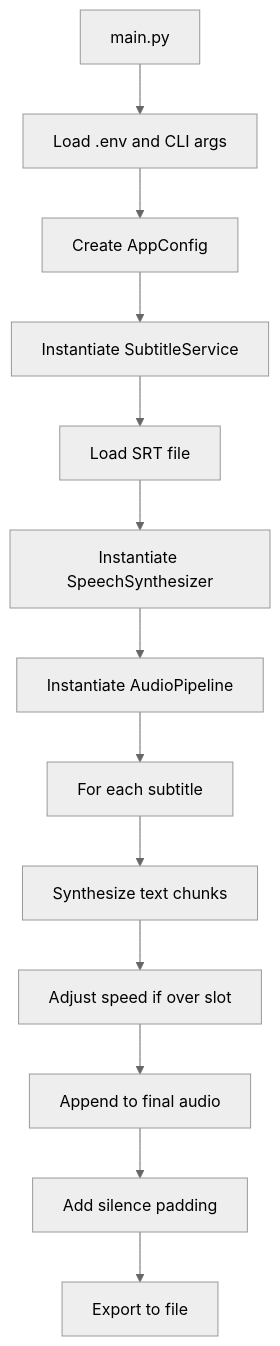
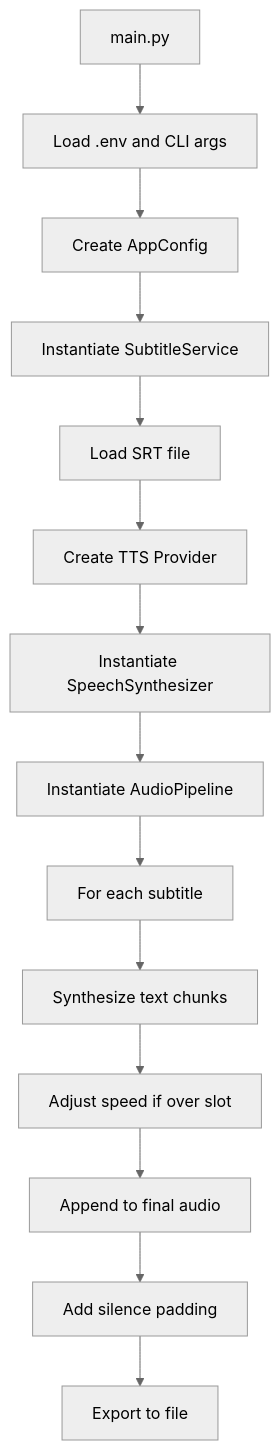
The diagram in Technical_README.md (blackandcode/convert-subtitles-to-audio), drawn with Mermaid (neutral theme) before and after one commit. The commit also changed other lines of this file and 18 other files, not shown here.

Commit message:
Releasing first initial version of Subtitle to Audio script

````diff
--- a/Technical_README.md
+++ b/Technical_README.md
@@ -47,15 +56,16 @@
 ```mermaid
 flowchart TD
     A[main.py] --> B[Load .env and CLI args]
     B --> C[Create AppConfig]
     C --> D[Instantiate SubtitleService]
     D --> E[Load SRT file]
-    E --> F[Instantiate SpeechSynthesizer]
-    F --> G[Instantiate AudioPipeline]
-    G --> H[For each subtitle]
-    H --> I[Synthesize text chunks]
-    I --> J[Adjust speed if over slot]
-    J --> K[Append to final audio]
-    K --> L[Add silence padding]
-    L --> M[Export to file]
+    E --> F[Create TTS Provider]
+    F --> G[Instantiate SpeechSynthesizer]
+    G --> H[Instantiate AudioPipeline]
+    H --> I[For each subtitle]
+    I --> J[Synthesize text chunks]
+    J --> K[Adjust speed if over slot]
+    K --> L[Append to final audio]
+    L --> M[Add silence padding]
+    M --> N[Export to file]
 ```
````
